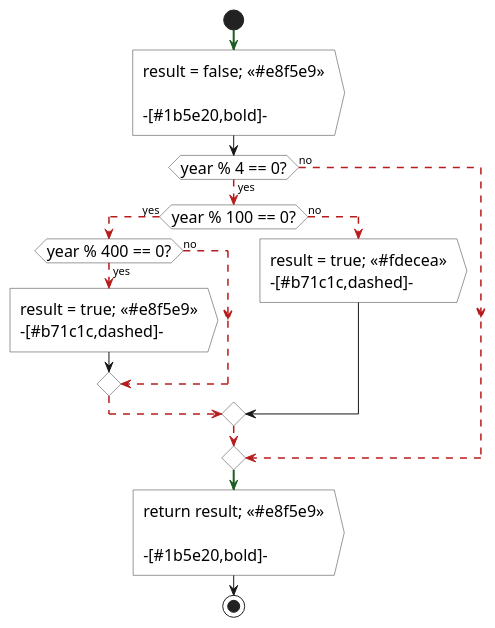
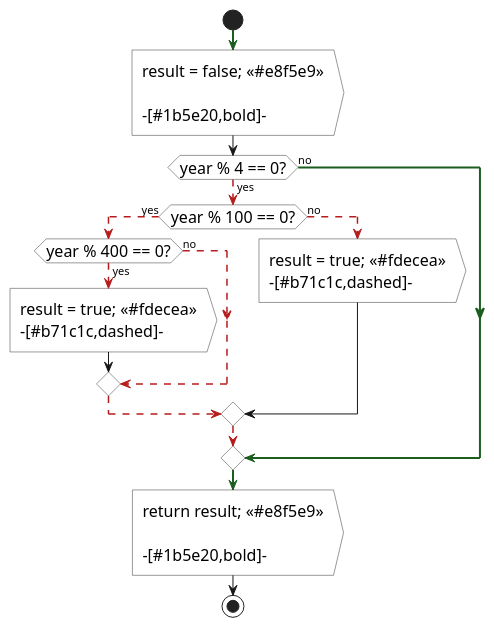
The second of 10 diagrams in src/main/asciidoc/lecture.adoc (inponomarev/coverage-talk), drawn with PlantUML before and after one commit. The commit also changed other lines of this file, not shown here.

```diff
--- a/src/main/asciidoc/lecture.adoc
+++ b/src/main/asciidoc/lecture.adoc
@@ -148,52 +148,53 @@
 [plantuml, leapyear1, png]
 ----
 @startuml
 !pragma useVerticalIf on
 
 skinparam shadowing false
 skinparam defaultFontName Helvetica
 skinparam activity {
   FontSize 16
   BorderColor #333333
   BackgroundColor white
   DiamondBorderColor #333333
   DiamondBackgroundColor white
 }
 
 start
 -[#1b5e20,bold]->
 
 :result = false; <<#e8f5e9>>
 
 -[#1b5e20,bold]->
 
 if (year % 4 == 0?) then (yes)
   -[#b71c1c,dashed]->
   if (year % 100 == 0?) then (yes)
       -[#b71c1c,dashed]->
     if (year % 400 == 0?) then (yes)
       -[#b71c1c,dashed]->
-      :result = true; <<#e8f5e9>>
+      :result = true; <<#fdecea>>
       -[#b71c1c,dashed]->
     else (no)
       -[#b71c1c,dashed]->
     endif
     -[#b71c1c,dashed]->
   else (no)
     -[#b71c1c,dashed]->
     :result = true; <<#fdecea>>
     -[#b71c1c,dashed]->
   endif
   -[#b71c1c,dashed]->
 else (no)
-  -[#b71c1c,dashed]->
+  -[#1b5e20,bold]->
 
 endif
 -[#1b5e20,bold]->
+
 :return result; <<#e8f5e9>>
 
 -[#1b5e20,bold]->
 
 stop
 @enduml
 ----
```
